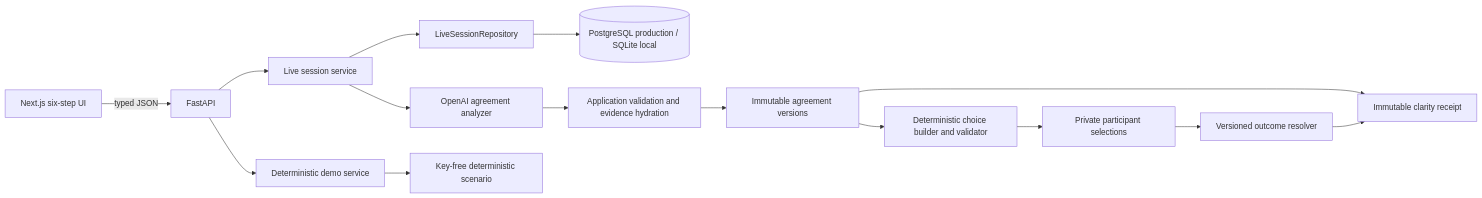
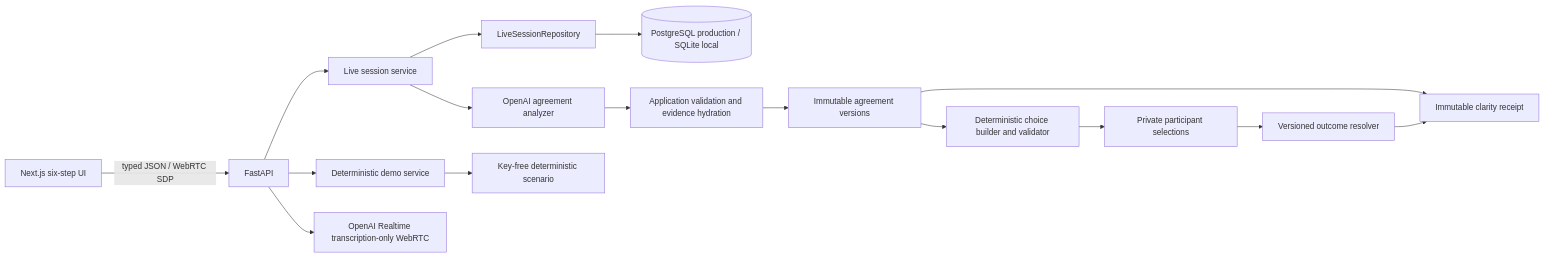
One commit to SarangMarkandey/meaning-sync changed the first of 2 diagrams in docs/architecture.md. Above: the diagram before and after it, drawn with Mermaid. The commit also changed other lines of this file and 41 other files, not shown here.

Commit message:
feat: add consented realtime audio transcription

````diff
--- a/docs/architecture.md
+++ b/docs/architecture.md
@@ -19,17 +19,18 @@
 ```mermaid
 flowchart LR
-  Browser[Next.js six-step UI] -->|typed JSON| API[FastAPI]
+  Browser[Next.js six-step UI] -->|typed JSON / WebRTC SDP| API[FastAPI]
   API --> Live[Live session service]
   Live --> Repo[LiveSessionRepository]
   Repo --> SQL[(PostgreSQL production / SQLite local)]
   API --> Demo[Deterministic demo service]
   Live --> Analyzer[OpenAI agreement analyzer]
+  API --> Realtime[OpenAI Realtime transcription-only WebRTC]
   Analyzer --> Validate[Application validation and evidence hydration]
   Validate --> Versions[Immutable agreement versions]
   Versions --> Questions[Deterministic choice builder and validator]
   Questions --> Selections[Private participant selections]
   Selections --> Outcomes[Versioned outcome resolver]
   Versions --> Receipt[Immutable clarity receipt]
   Outcomes --> Receipt
   Demo --> Fixture[Key-free deterministic scenario]
 ```
````
